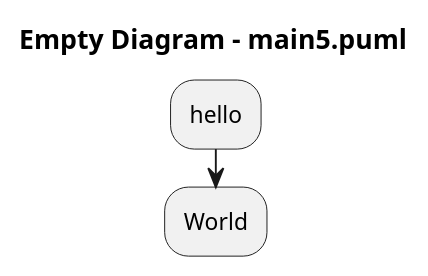
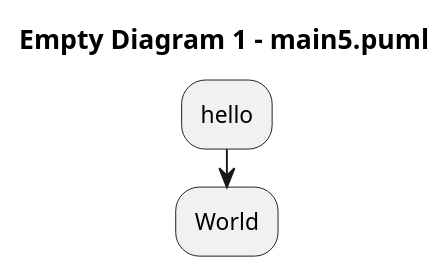
The diagram in main5.puml (arwenvaughan/test1), drawn with PlantUML before and after one commit.

Commit message:
PlantText Commit: This is number 1.

```diff
--- a/main5.puml
+++ b/main5.puml
@@ -1,7 +1,7 @@
 @startuml
 
-title Empty Diagram - main5.puml
+title Empty Diagram 1 - main5.puml
 :hello;
 :World;
 
 @enduml
```
